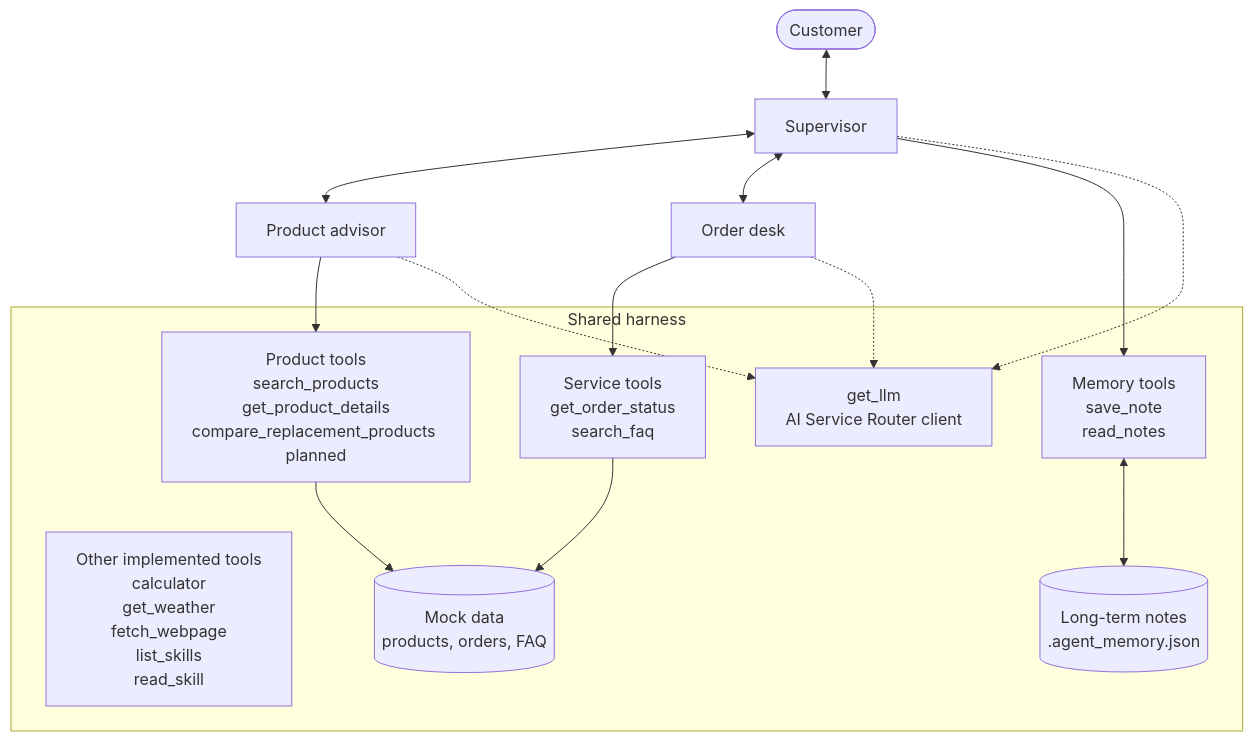
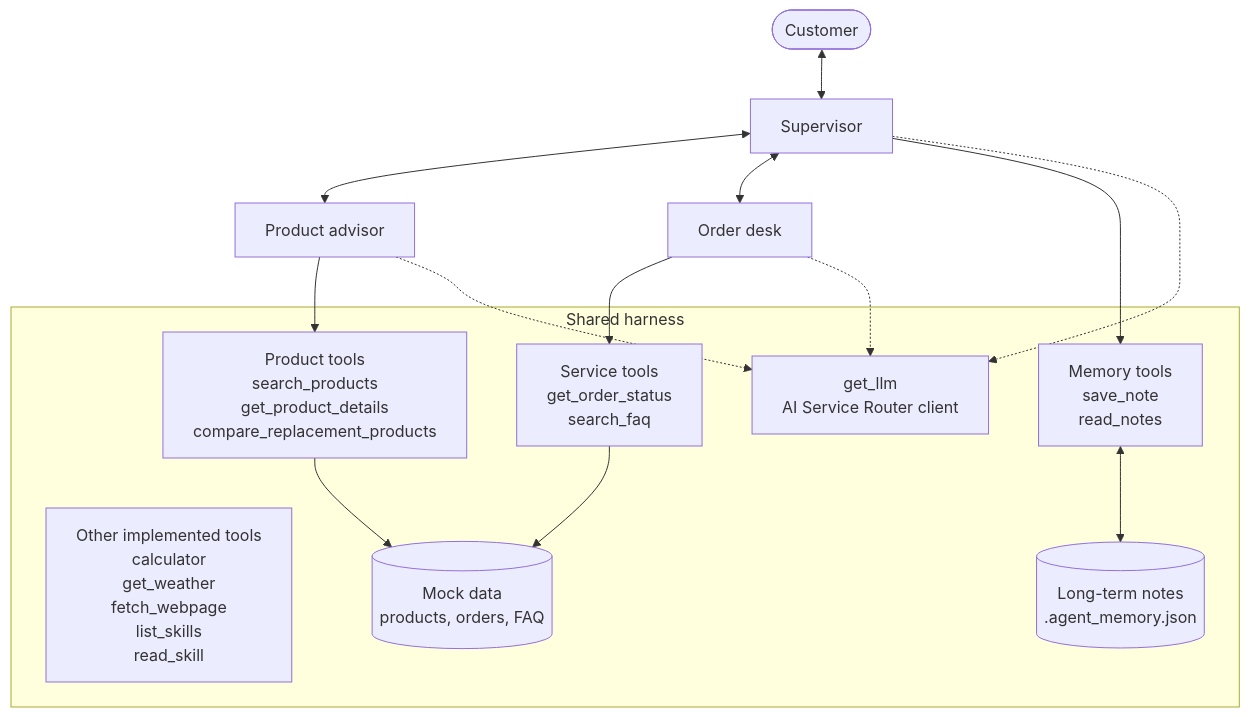
The first of 5 diagrams in day-3/final-assignment-ultimate-agent/starter/architecture.md (FrancisBehnen/agents-bootcamp-assessments), drawn with Mermaid before and after one commit. The commit also changed other lines of this file and 4 other files, not shown here.

````diff
--- a/day-3/final-assignment-ultimate-agent/starter/architecture.md
+++ b/day-3/final-assignment-ultimate-agent/starter/architecture.md
@@ -10,27 +10,27 @@
 ```mermaid
 flowchart TB
     Customer([Customer]) <--> Supervisor[Supervisor]
     Supervisor <--> Advisor[Product advisor]
     Supervisor <--> OrderDesk[Order desk]
 
     subgraph Harness[Shared harness]
-        ProductTools[Product tools<br/>search_products<br/>get_product_details<br/>compare_replacement_products planned]
+        ProductTools[Product tools<br/>search_products<br/>get_product_details<br/>compare_replacement_products]
         ServiceTools[Service tools<br/>get_order_status<br/>search_faq]
         MemoryTools[Memory tools<br/>save_note<br/>read_notes]
         OtherTools[Other implemented tools<br/>calculator<br/>get_weather<br/>fetch_webpage<br/>list_skills<br/>read_skill]
         Data[(Mock data<br/>products, orders, FAQ)]
         MemoryFile[(Long-term notes<br/>.agent_memory.json)]
         LLM[get_llm<br/>AI Service Router client]
 
         ProductTools --> Data
         ServiceTools --> Data
         MemoryTools <--> MemoryFile
     end
 
     Advisor --> ProductTools
     OrderDesk --> ServiceTools
     Supervisor --> MemoryTools
     Supervisor -.-> LLM
     Advisor -.-> LLM
     OrderDesk -.-> LLM
 ```
````
